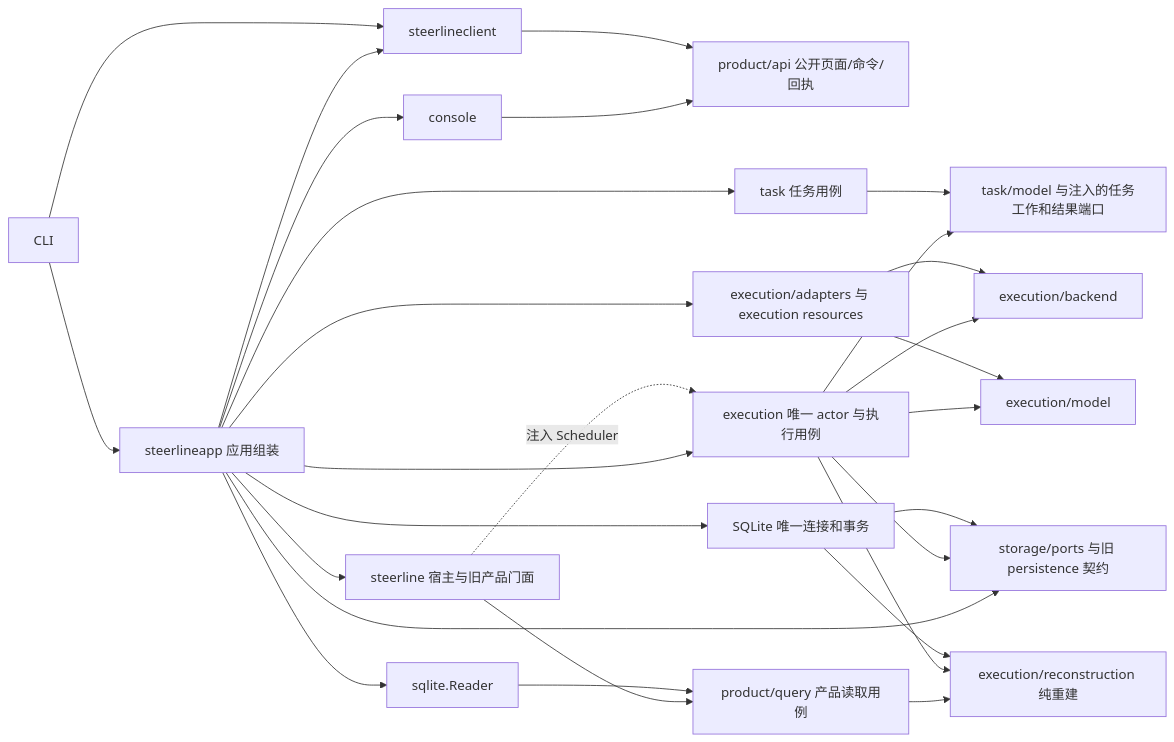
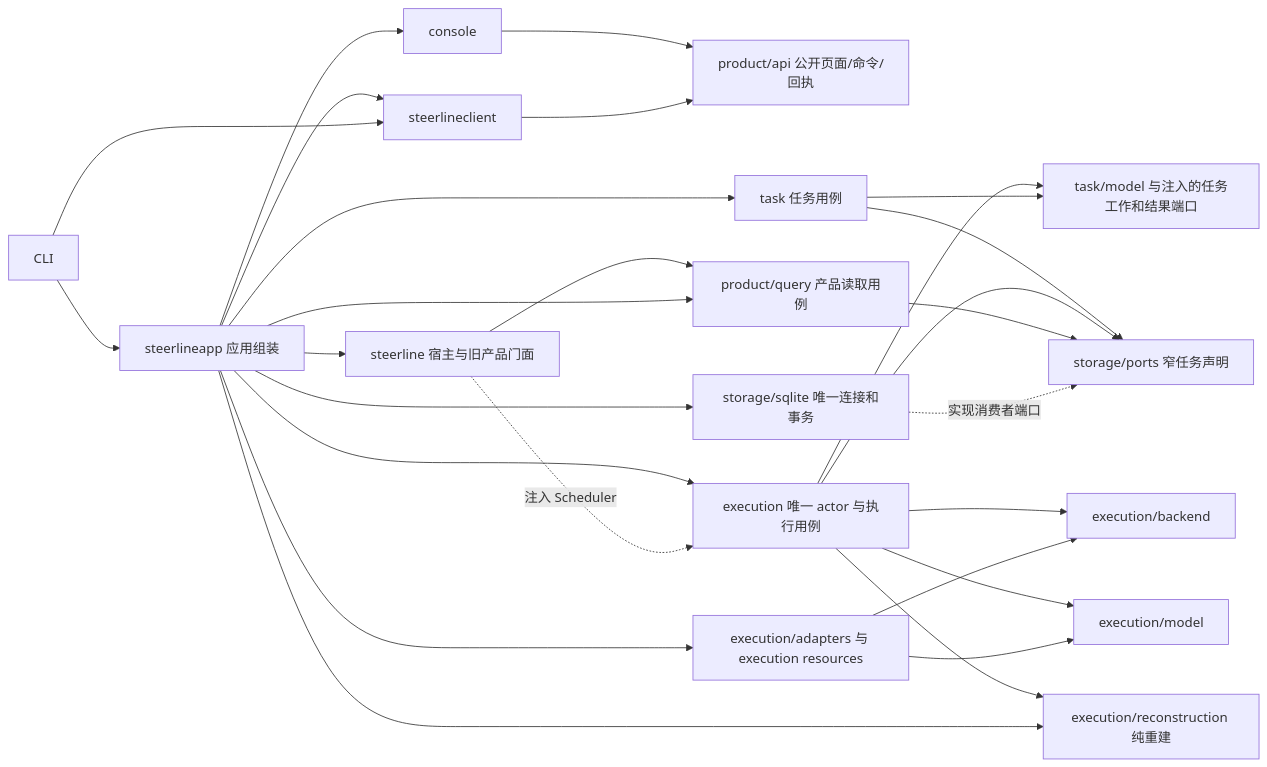
The first of 2 diagrams in docs/architecture/current-code-architecture.md (erranliu/SteerLine), drawn with Mermaid before and after one commit. The commit also changed other lines of this file and 327 other files, not shown here.

Commit message:
refactor(storage): move sqlite behind consumer ports

````diff
--- a/docs/architecture/current-code-architecture.md
+++ b/docs/architecture/current-code-architecture.md
@@ -11,30 +11,29 @@
 ```mermaid
 flowchart LR
     Entry[CLI] --> App[steerlineapp 应用组装]
     App --> UI[console]
     App --> Client[steerlineclient]
     Entry --> Client
     UI --> Product[product/api 公开页面/命令/回执]
     Client --> Product
     App --> Task[task 任务用例]
     App --> Exec[execution 唯一 actor 与执行用例]
     App --> Host[steerline 宿主与旧产品门面]
     Host -. 注入 Scheduler .-> Exec
     Exec --> Work[task/model 与注入的任务工作和结果端口]
     Task --> Work
-    Exec --> Ports[execution/backend]
+    Exec --> BackendPorts[execution/backend]
     Exec --> Records[execution/model]
     App --> Impl[execution/adapters 与 execution resources]
-    Impl --> Ports
+    Impl --> BackendPorts
     Impl --> Records
-    App --> Persistence[storage/ports 与旧 persistence 契约]
-    Exec --> Persistence
-    App --> DB[SQLite 唯一连接和事务]
-    DB --> Persistence
-    App --> Reader[sqlite.Reader]
+    Task --> Ports[storage/ports 窄任务声明]
+    Exec --> Ports
     Host --> Query[product/query 产品读取用例]
-    Reader --> Query
-    Query --> Projection[execution/reconstruction 纯重建]
-    Exec --> Projection
-    DB --> Projection
+    Query --> Ports
+    App --> DB[storage/sqlite 唯一连接和事务]
+    DB -. 实现消费者端口 .-> Ports
+    App --> Query
+    Exec --> Projection[execution/reconstruction 纯重建]
+    App --> Projection
 ```
````
